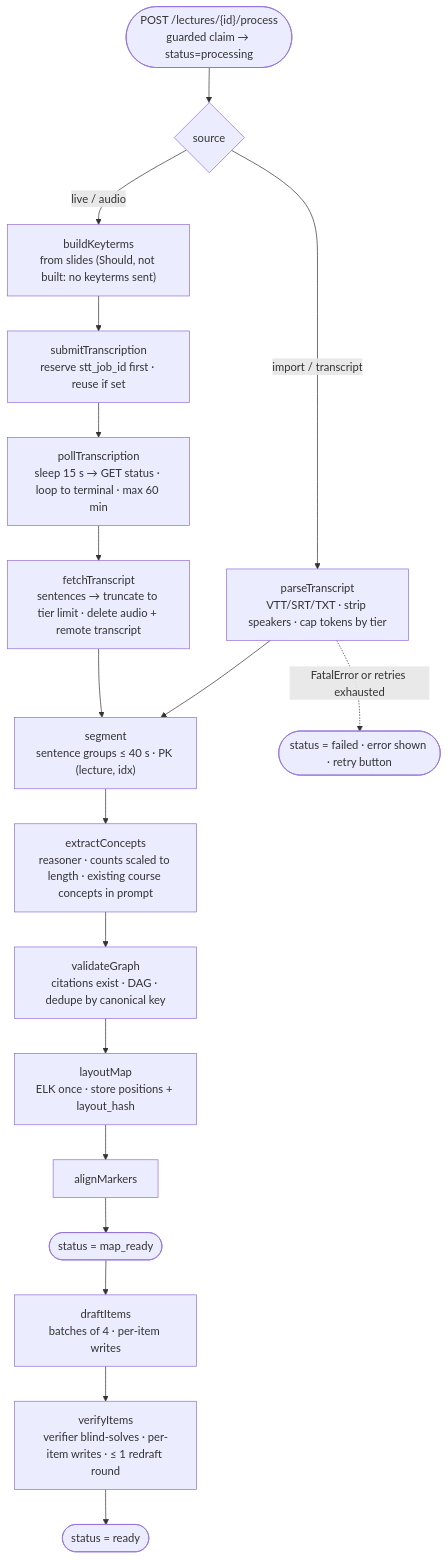
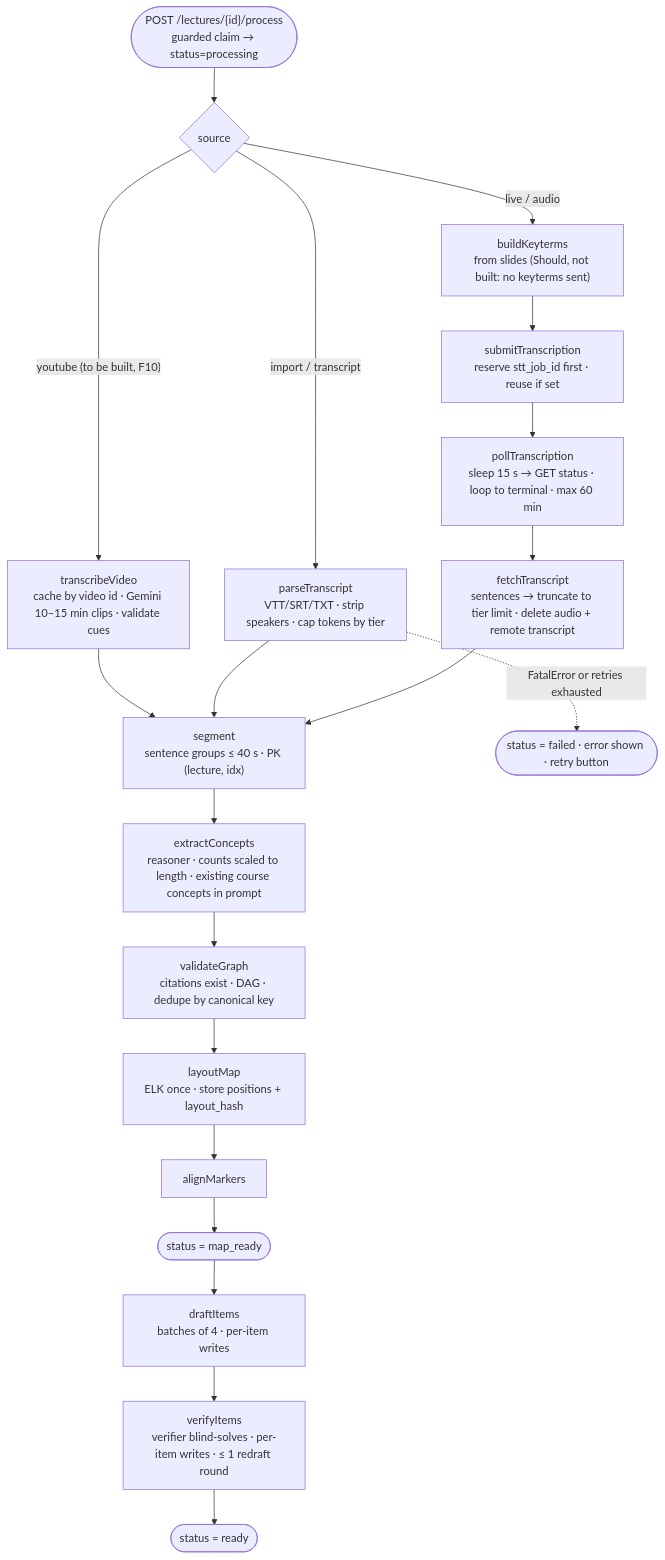
One commit to adamchok/Lectheo changed the fourth of 6 diagrams in docs/Lectheo Architecture.md. Above: the diagram before and after it, drawn with Mermaid. The commit also changed other lines of this file and 6 other files, not shown here.

````diff
--- a/docs/Lectheo Architecture.md
+++ b/docs/Lectheo Architecture.md
@@ -199,20 +201,22 @@
 ```mermaid
 flowchart TD
     start(["POST /lectures/{id}/process<br/>guarded claim → status=processing"]) --> src{"source"}
+    src -- "youtube (to be built, F10)" --> tv["transcribeVideo<br/>cache by video id · Gemini 10–15 min clips · validate cues"]
+    tv --> seg
     src -- "import / transcript" --> pt["parseTranscript<br/>VTT/SRT/TXT · strip speakers · cap tokens by tier"]
     src -- "live / audio" --> kt["buildKeyterms<br/>from slides (Should, not built: no keyterms sent)"]
     kt --> sub["submitTranscription<br/>reserve stt_job_id first · reuse if set"]
     sub --> poll["pollTranscription<br/>sleep 15 s → GET status · loop to terminal · max 60 min"]
     poll --> fetch["fetchTranscript<br/>sentences → truncate to tier limit · delete audio + remote transcript"]
     pt --> seg["segment<br/>sentence groups ≤ 40 s · PK (lecture, idx)"]
     fetch --> seg
     seg --> ex["extractConcepts<br/>reasoner · counts scaled to length · existing course concepts in prompt"]
     ex --> vg["validateGraph<br/>citations exist · DAG · dedupe by canonical key"]
     vg --> lay["layoutMap<br/>ELK once · store positions + layout_hash"]
     lay --> al["alignMarkers"]
     al --> mr(["status = map_ready"])
     mr --> dr["draftItems<br/>batches of 4 · per-item writes"]
     dr --> vf["verifyItems<br/>verifier blind-solves · per-item writes · ≤ 1 redraft round"]
     vf --> done(["status = ready"])
     pt -. "FatalError or retries exhausted" .-> fail(["status = failed · error shown · retry button"])
 ```
````
